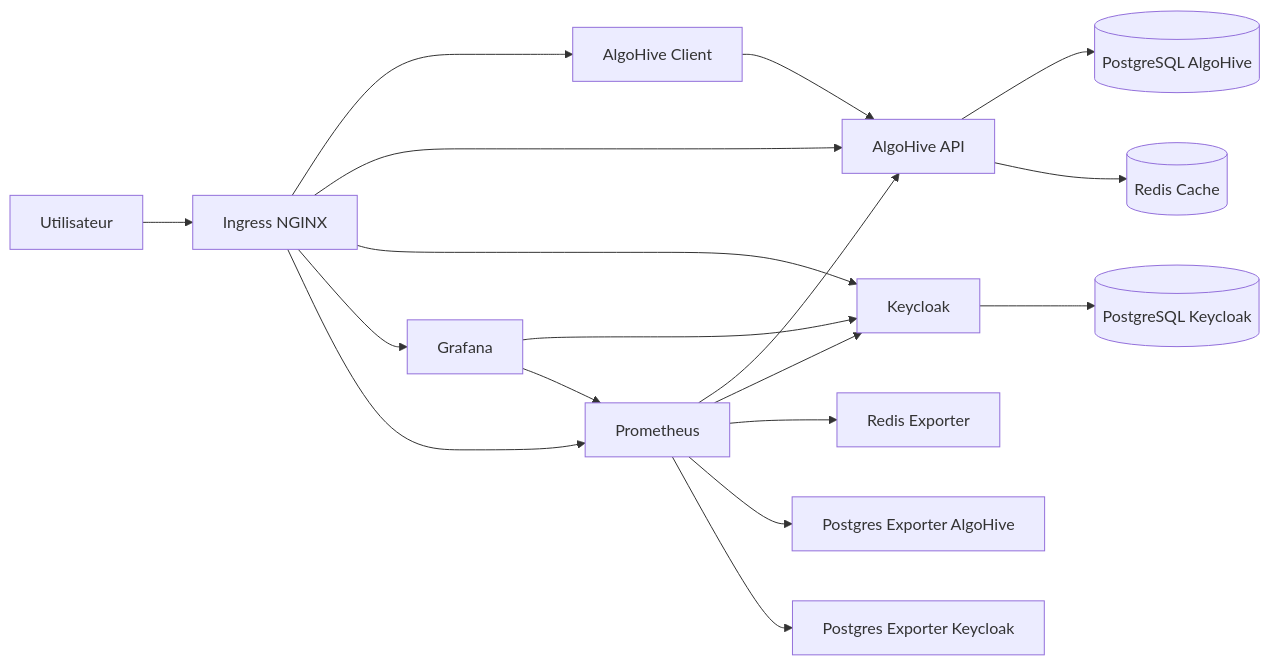
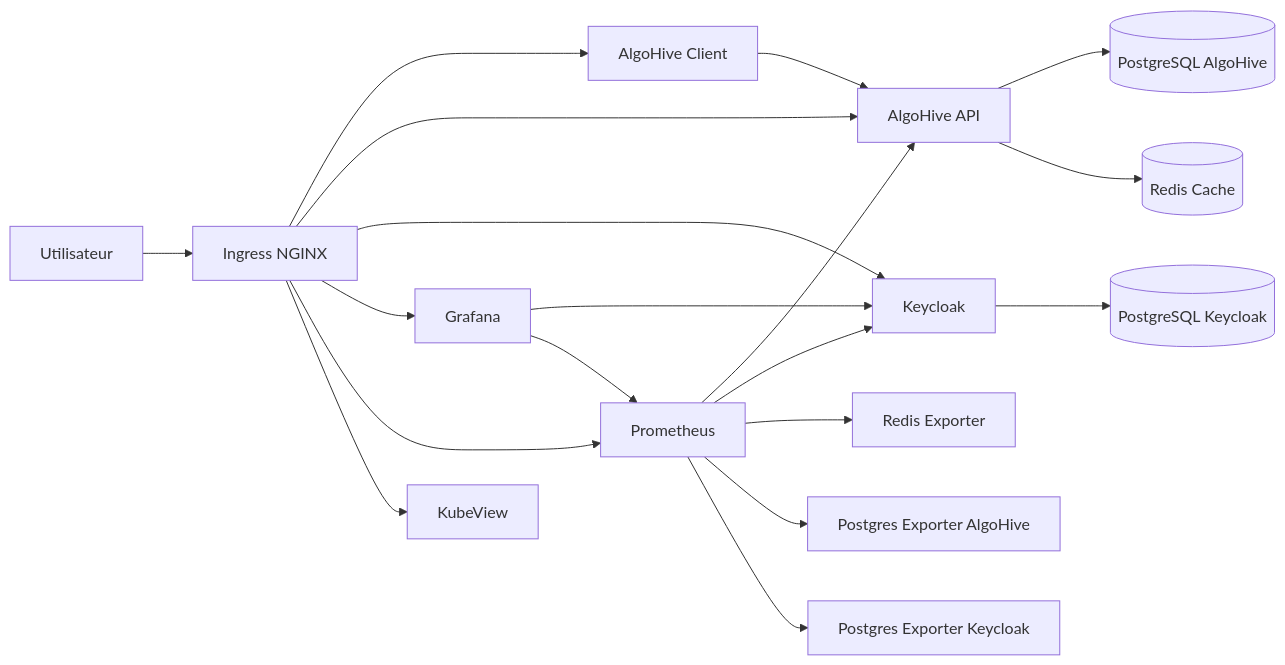
The diagram in README.md (RobinThiriet/Algohive-projet), drawn with Mermaid before and after one commit. The commit also changed other lines of this file and 6 other files, not shown here.

Commit message:
Add KubeView to local platform stack

````diff
--- a/README.md
+++ b/README.md
@@ -27,25 +28,26 @@
 ```mermaid
 flowchart LR
     U[Utilisateur] --> ING[Ingress NGINX]
 
     ING --> WEB[AlgoHive Client]
     ING --> API[AlgoHive API]
     ING --> KC[Keycloak]
     ING --> GRAF[Grafana]
     ING --> PROM[Prometheus]
+    ING --> KVIEW[KubeView]
 
     WEB --> API
     API --> PG1[(PostgreSQL AlgoHive)]
     API --> REDIS[(Redis Cache)]
 
     GRAF --> KC
     GRAF --> PROM
 
     KC --> PG2[(PostgreSQL Keycloak)]
 
     PROM --> API
     PROM --> KC
     PROM --> REXP[Redis Exporter]
     PROM --> PEXP1[Postgres Exporter AlgoHive]
     PROM --> PEXP2[Postgres Exporter Keycloak]
 ```
````
